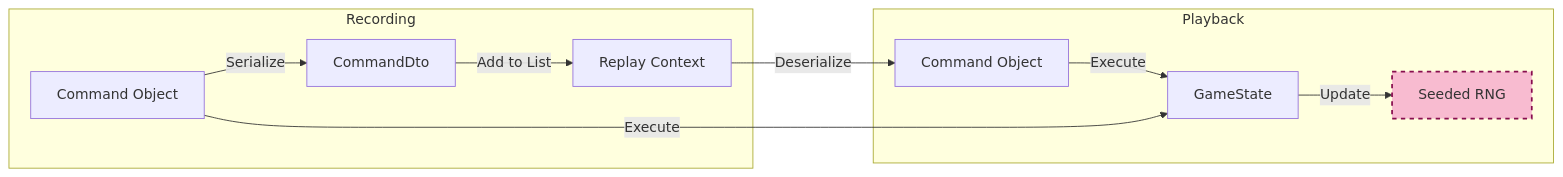
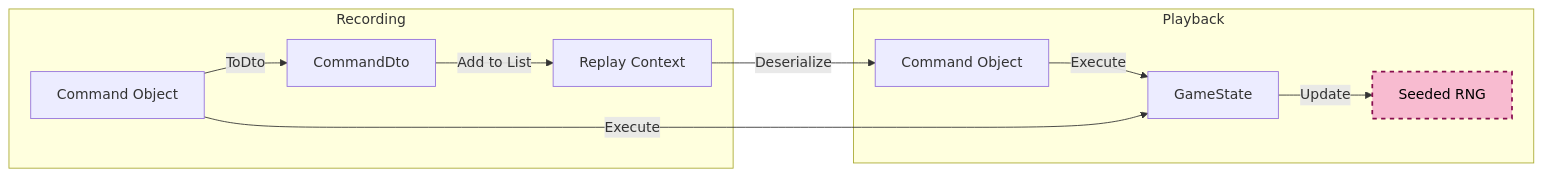
Before and after one commit to Itzoqq/ChaosWarlords: diagram 11 of 11 in docs/game-logic-flow.md, drawn with Mermaid. The commit also changed other lines of this file and 1 other file, not shown here.

Commit message:
Updated teh game logic flow charts and architecture display

````diff
--- a/docs/game-logic-flow.md
+++ b/docs/game-logic-flow.md
@@ -104,17 +383,17 @@
 ```mermaid
 flowchart LR
     subgraph Recording
-        CMD[Command Object] -->|Serialize| DTO[CommandDto]
+        CMD[Command Object] -->|ToDto| DTO[CommandDto]
         DTO -->|Add to List| REPLAY[Replay Context]
     end
 
     subgraph Playback
         REPLAY -->|Deserialize| CMD_NEW[Command Object]
         CMD_NEW -->|Execute| STATE[GameState]
         STATE -->|Update| RNG[Seeded RNG]
     end
     
     CMD -->|Execute| STATE
     
-    style RNG fill:#f8bbd0,stroke:#880e4f,stroke-width:2px,stroke-dasharray: 5 5
+    style RNG fill:#f8bbd0,stroke:#880e4f,stroke-width:2px,stroke-dasharray: 5 5,color:black
 ```
````
